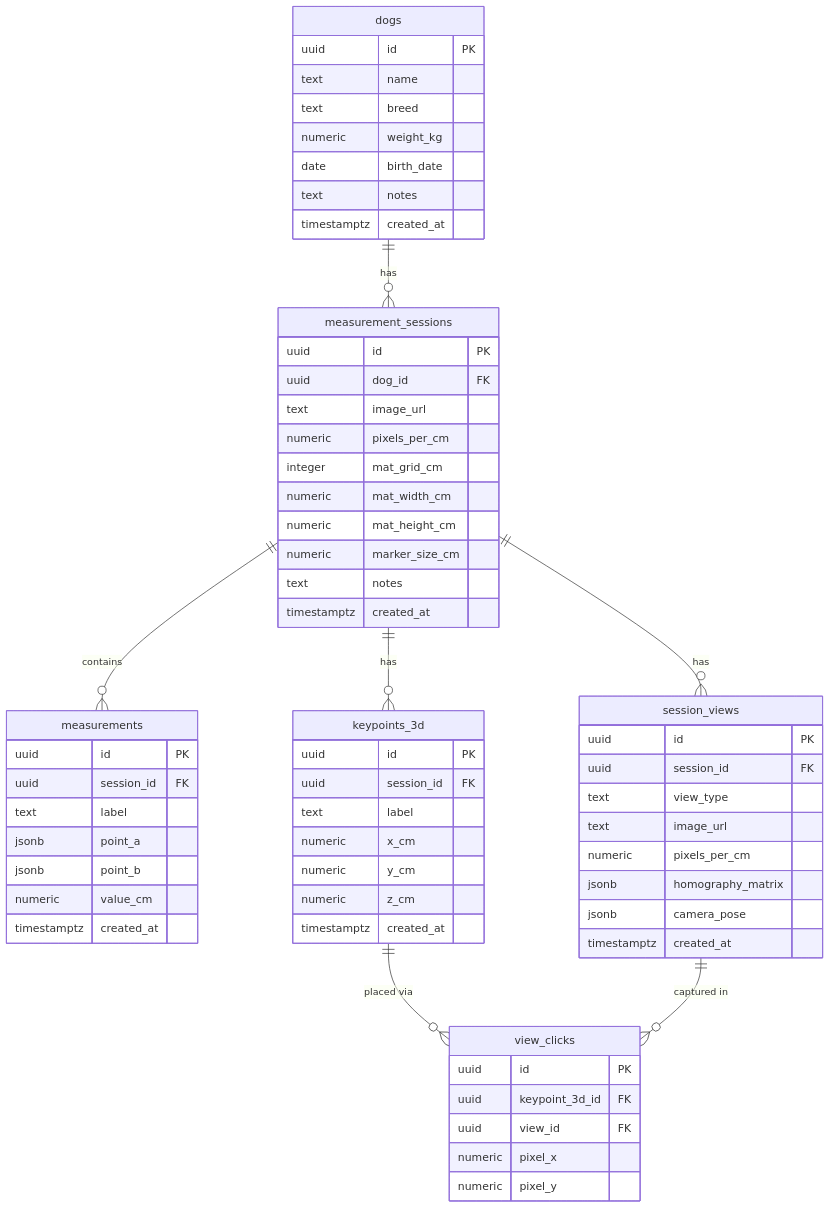
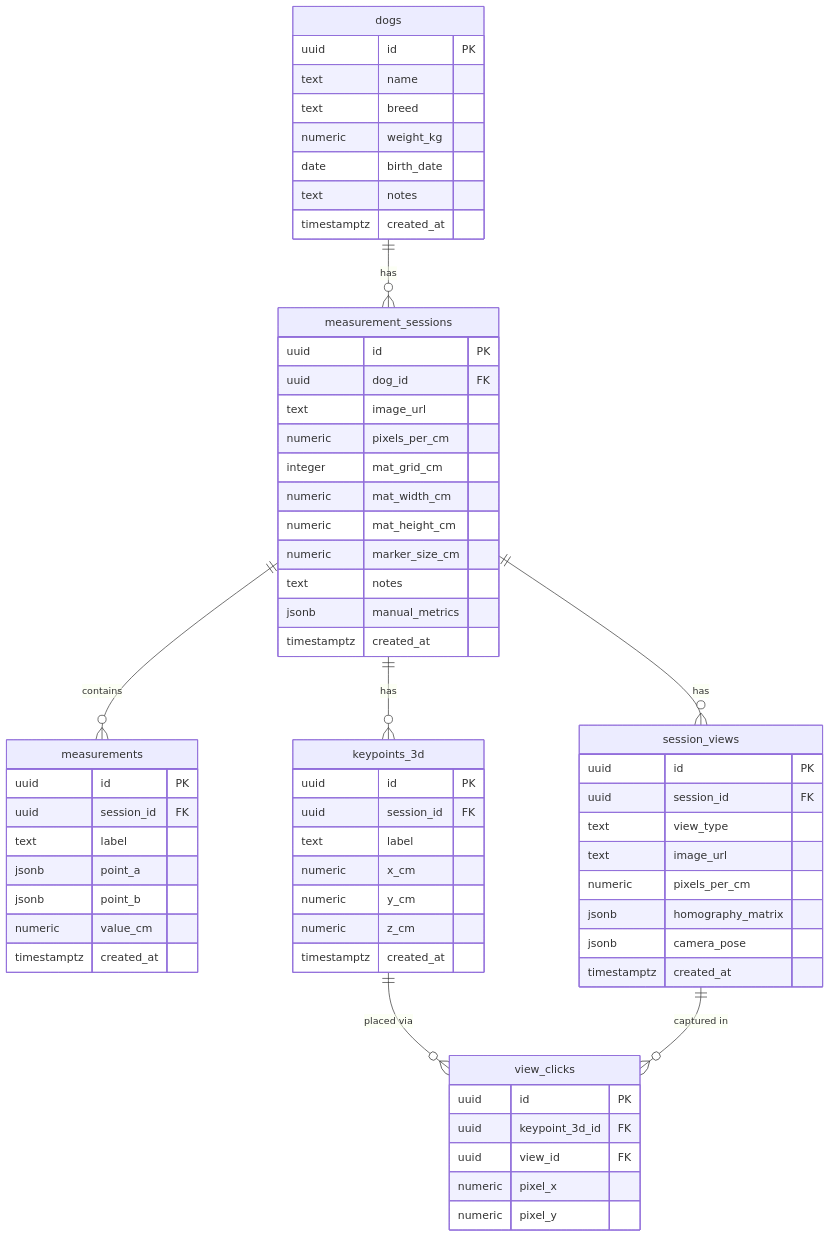
The diagram in docs/spec.md (yamagishi-shodai/OwnFeetProject), drawn with Mermaid before and after one commit. The commit also changed other lines of this file and 17 other files, not shown here.

````diff
--- a/docs/spec.md
+++ b/docs/spec.md
@@ -60,71 +60,72 @@
 ```mermaid
 erDiagram
     dogs {
         uuid id PK
         text name
         text breed
         numeric weight_kg
         date birth_date
         text notes
         timestamptz created_at
     }
 
     measurement_sessions {
         uuid id PK
         uuid dog_id FK
         text image_url
         numeric pixels_per_cm
         integer mat_grid_cm
         numeric mat_width_cm
         numeric mat_height_cm
         numeric marker_size_cm
         text notes
+        jsonb manual_metrics
         timestamptz created_at
     }
 
     measurements {
         uuid id PK
         uuid session_id FK
         text label
         jsonb point_a
         jsonb point_b
         numeric value_cm
         timestamptz created_at
     }
 
     session_views {
         uuid id PK
         uuid session_id FK
         text view_type
         text image_url
         numeric pixels_per_cm
         jsonb homography_matrix
         jsonb camera_pose
         timestamptz created_at
     }
 
     keypoints_3d {
         uuid id PK
         uuid session_id FK
         text label
         numeric x_cm
         numeric y_cm
         numeric z_cm
         timestamptz created_at
     }
 
     view_clicks {
         uuid id PK
         uuid keypoint_3d_id FK
         uuid view_id FK
         numeric pixel_x
         numeric pixel_y
     }
 
     dogs ||--o{ measurement_sessions : "has"
     measurement_sessions ||--o{ measurements : "contains"
     measurement_sessions ||--o{ session_views : "has"
     measurement_sessions ||--o{ keypoints_3d : "has"
     keypoints_3d ||--o{ view_clicks : "placed via"
     session_views ||--o{ view_clicks : "captured in"
 ```
````
